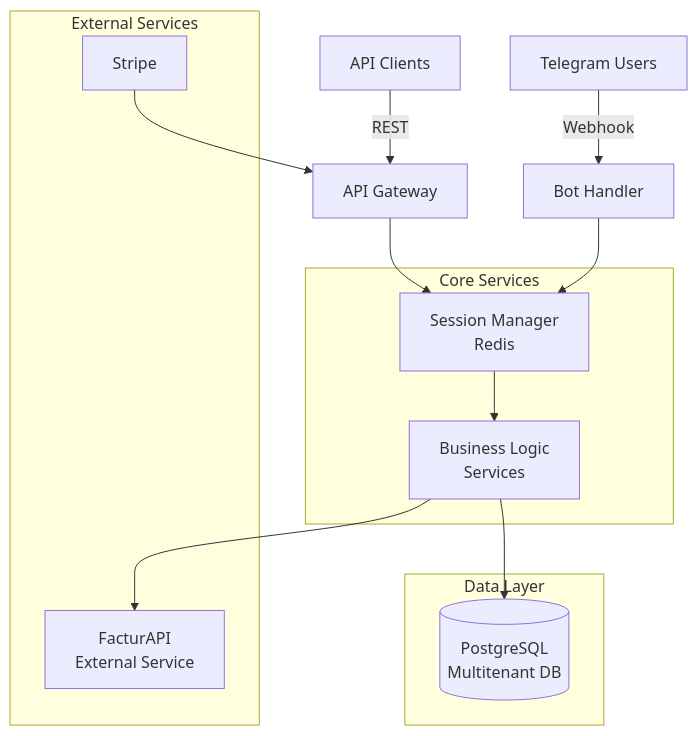
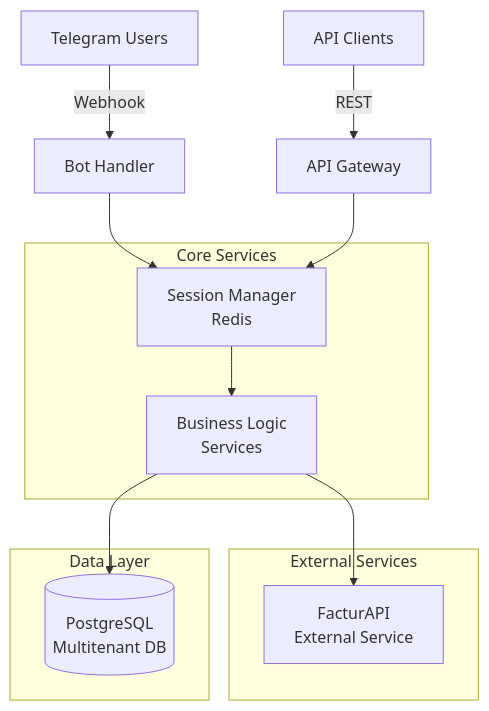
The diagram in README.md (Fechomap/facturapi-SaaS), drawn with Mermaid before and after one commit. The commit also changed other lines of this file and 17 other files, not shown here.

````diff
--- a/README.md
+++ b/README.md
@@ -76,29 +76,26 @@
 ```mermaid
 graph TB
     A[Telegram Users] -->|Webhook| B[Bot Handler]
     C[API Clients] -->|REST| D[API Gateway]
 
     B --> E[Session Manager<br/>Redis]
     D --> E
 
     E --> F[Business Logic<br/>Services]
 
     F --> G[(PostgreSQL<br/>Multitenant DB)]
     F --> H[FacturAPI<br/>External Service]
 
-    I[Stripe] --> D
-
     subgraph "Core Services"
         F
         E
     end
 
     subgraph "External Services"
         H
-        I
     end
 
     subgraph "Data Layer"
         G
     end
 ```
````
